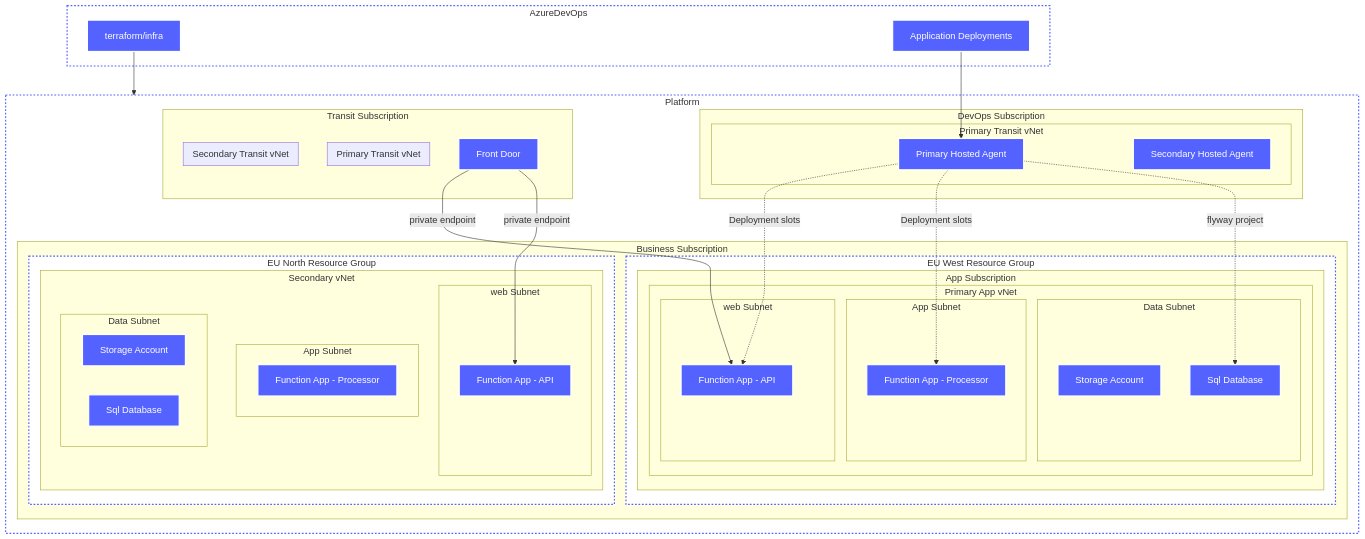
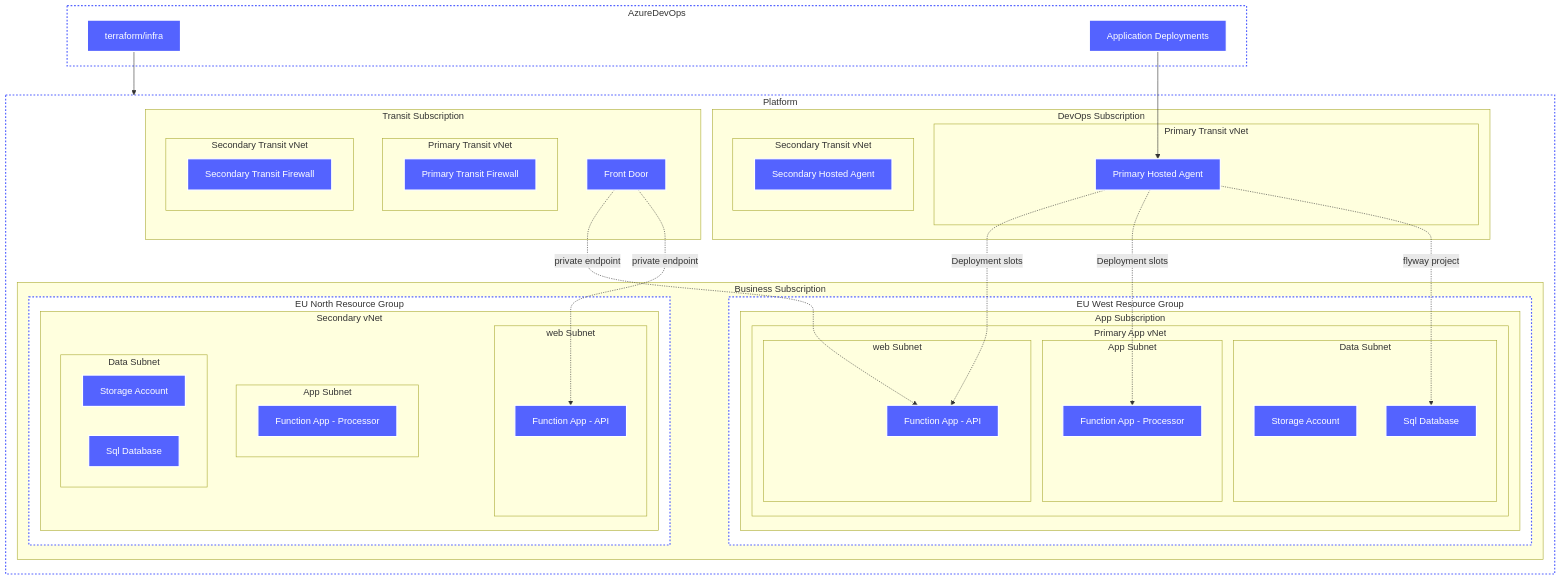
The second of 3 diagrams in other/Example.md (dermotreynolds/data.io.docs), drawn with Mermaid before and after one commit. The commit also changed other lines of this file, not shown here.

````diff
--- a/other/Example.md
+++ b/other/Example.md
@@ -113,19 +113,21 @@
     d102 --> d205
 
 
+
     subgraph Group1[Platform]
 
 
-        d200 --> |private endpoint|d201
-        d200 --> |private endpoint|d301
+        d200 -.-> |private endpoint|d201
+        d200 -.-> |private endpoint|d301
 
         subgraph Group102[Transit Subscription]
             d200[Front Door]:::DeviceClass
             subgraph Group30[Primary Transit vNet]
-
+                d207[Primary Transit Firewall]:::DeviceClass
             end
 
             subgraph Group31[Secondary Transit vNet]
+                d208[Secondary Transit Firewall]:::DeviceClass
 
             end
 
@@ -136,7 +138,7 @@
                 d205[Primary Hosted Agent]:::DeviceClass
             end
 
-            subgraph Group40[Secondary Transit vNet]
+            subgraph Group41[Secondary Transit vNet]
                 d206[Secondary Hosted Agent]:::DeviceClass
             end            
         end
@@ -196,4 +198,6 @@
     classDef GoodCalloutClass fill:#90EE90	,stroke:#333,stroke-width:1px , stroke-dasharray: 2
     classDef BadCalloutClass fill:#FF5733	,stroke:#333,stroke-width:1px , stroke-dasharray: 2   
 
+
+
 ```
````
